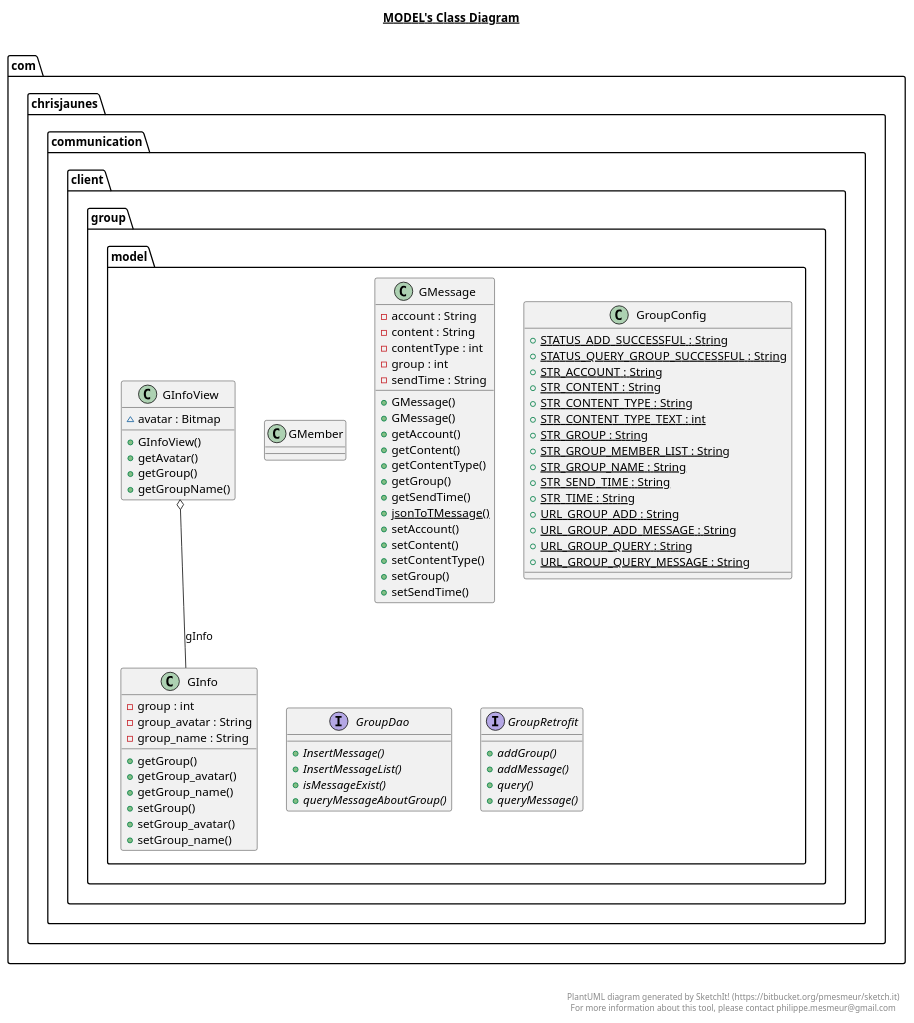
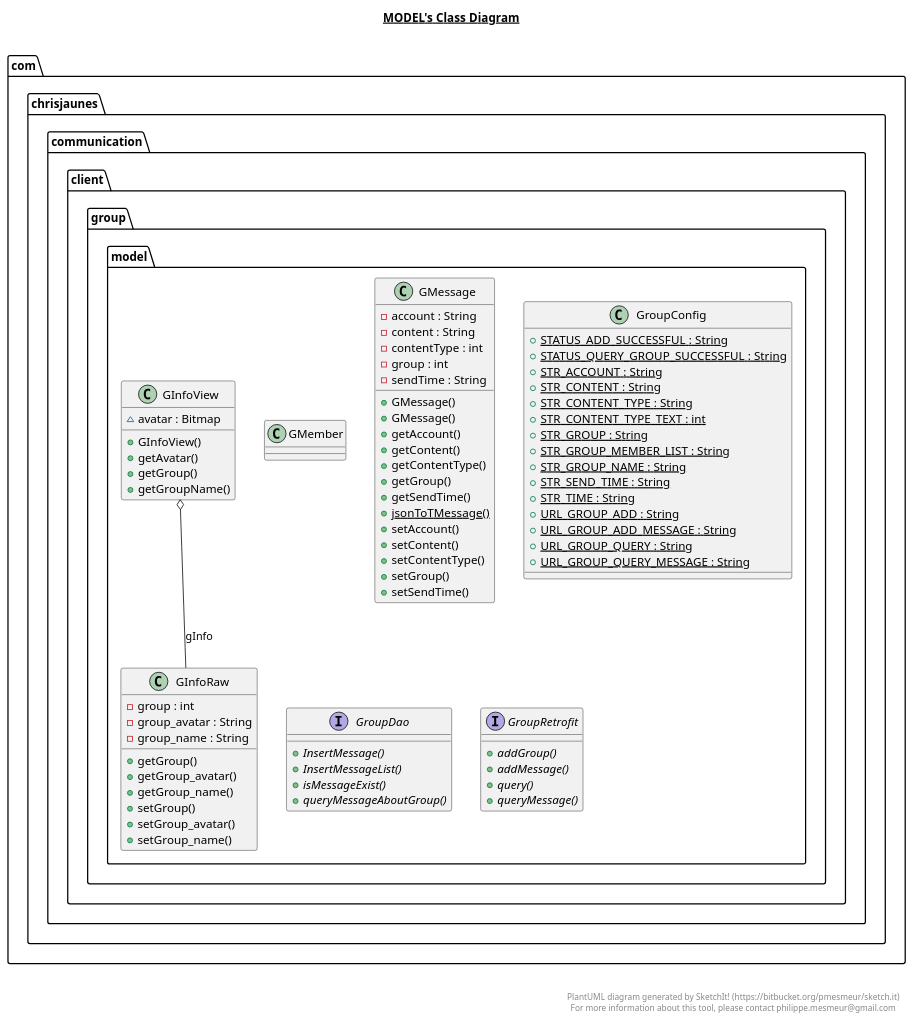
One commit to ChrisJaunes/CommunicationTool changed the diagram in Client/app/src/main/java/com/chrisjaunes/communication/client/group/model/model.plantuml. Above: the diagram before and after it, drawn with PlantUML. The commit also changed 65 other files, not shown here.

```diff
--- a/Client/app/src/main/java/com/chrisjaunes/communication/client/group/model/model.plantuml
+++ b/Client/app/src/main/java/com/chrisjaunes/communication/client/group/model/model.plantuml
@@ -1,140 +1,140 @@
 @startuml
 
 title __MODEL's Class Diagram__\n
 
   namespace com.chrisjaunes.communication.client {
     namespace group {
       namespace model {
-        class com.chrisjaunes.communication.client.group.model.GInfo {
+        class com.chrisjaunes.communication.client.group.model.GInfoRaw {
             - group : int
             - group_avatar : String
             - group_name : String
             + getGroup()
             + getGroup_avatar()
             + getGroup_name()
             + setGroup()
             + setGroup_avatar()
             + setGroup_name()
         }
       }
     }
   }
   
 
   namespace com.chrisjaunes.communication.client {
     namespace group {
       namespace model {
         class com.chrisjaunes.communication.client.group.model.GInfoView {
             ~ avatar : Bitmap
             + GInfoView()
             + getAvatar()
             + getGroup()
             + getGroupName()
         }
       }
     }
   }
   
 
   namespace com.chrisjaunes.communication.client {
     namespace group {
       namespace model {
         class com.chrisjaunes.communication.client.group.model.GMember {
         }
       }
     }
   }
   
 
   namespace com.chrisjaunes.communication.client {
     namespace group {
       namespace model {
         class com.chrisjaunes.communication.client.group.model.GMessage {
             - account : String
             - content : String
             - contentType : int
             - group : int
             - sendTime : String
             + GMessage()
             + GMessage()
             + getAccount()
             + getContent()
             + getContentType()
             + getGroup()
             + getSendTime()
             {static} + jsonToTMessage()
             + setAccount()
             + setContent()
             + setContentType()
             + setGroup()
             + setSendTime()
         }
       }
     }
   }
   
 
   namespace com.chrisjaunes.communication.client {
     namespace group {
       namespace model {
         class com.chrisjaunes.communication.client.group.model.GroupConfig {
             {static} + STATUS_ADD_SUCCESSFUL : String
             {static} + STATUS_QUERY_GROUP_SUCCESSFUL : String
             {static} + STR_ACCOUNT : String
             {static} + STR_CONTENT : String
             {static} + STR_CONTENT_TYPE : String
             {static} + STR_CONTENT_TYPE_TEXT : int
             {static} + STR_GROUP : String
             {static} + STR_GROUP_MEMBER_LIST : String
             {static} + STR_GROUP_NAME : String
             {static} + STR_SEND_TIME : String
             {static} + STR_TIME : String
             {static} + URL_GROUP_ADD : String
             {static} + URL_GROUP_ADD_MESSAGE : String
             {static} + URL_GROUP_QUERY : String
             {static} + URL_GROUP_QUERY_MESSAGE : String
         }
       }
     }
   }
   
 
   namespace com.chrisjaunes.communication.client {
     namespace group {
       namespace model {
         interface com.chrisjaunes.communication.client.group.model.GroupDao {
             {abstract} + InsertMessage()
             {abstract} + InsertMessageList()
             {abstract} + isMessageExist()
             {abstract} + queryMessageAboutGroup()
         }
       }
     }
   }
   
 
   namespace com.chrisjaunes.communication.client {
     namespace group {
       namespace model {
         interface com.chrisjaunes.communication.client.group.model.GroupRetrofit {
             {abstract} + addGroup()
             {abstract} + addMessage()
             {abstract} + query()
             {abstract} + queryMessage()
         }
       }
     }
   }
   
 
-  com.chrisjaunes.communication.client.group.model.GInfoView o-- com.chrisjaunes.communication.client.group.model.GInfo : gInfo
+  com.chrisjaunes.communication.client.group.model.GInfoView o-- com.chrisjaunes.communication.client.group.model.GInfoRaw : gInfo
 
 
 right footer
 
 
 PlantUML diagram generated by SketchIt! (https://bitbucket.org/pmesmeur/sketch.it)
 For more information about this tool, please contact philippe.mesmeur@gmail.com
 endfooter
 
 @enduml
```
